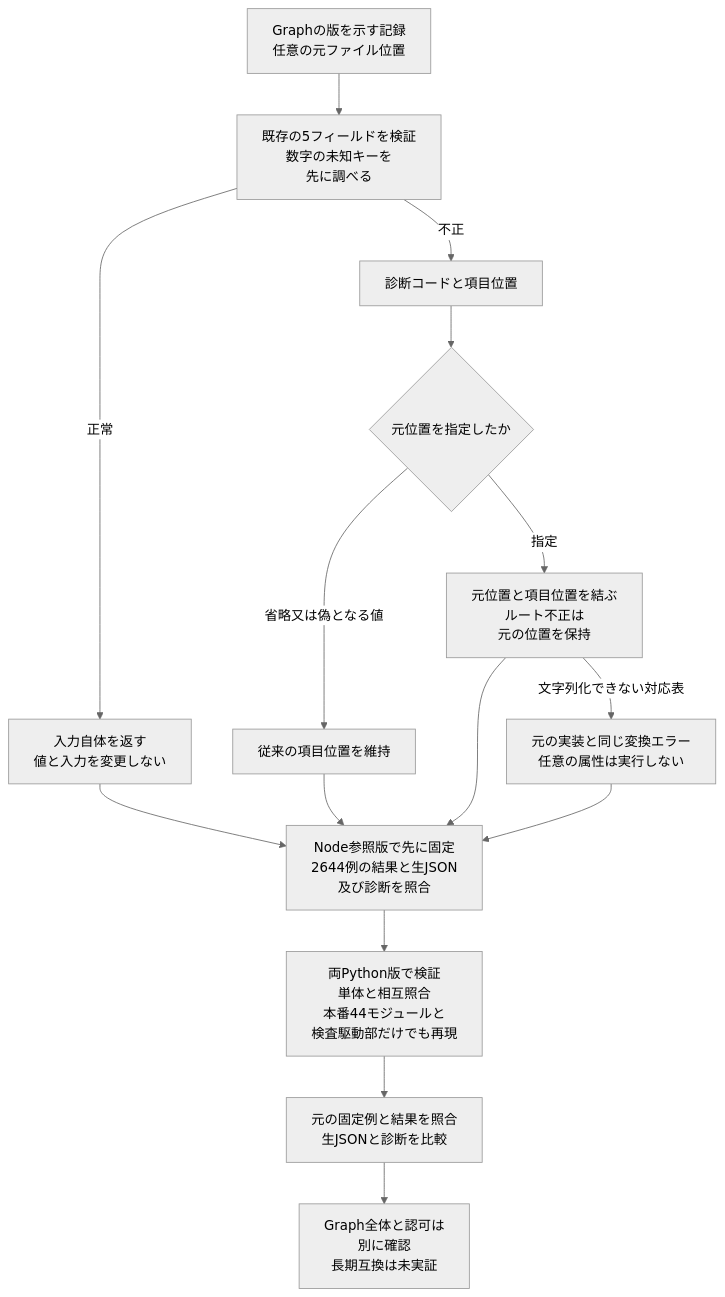
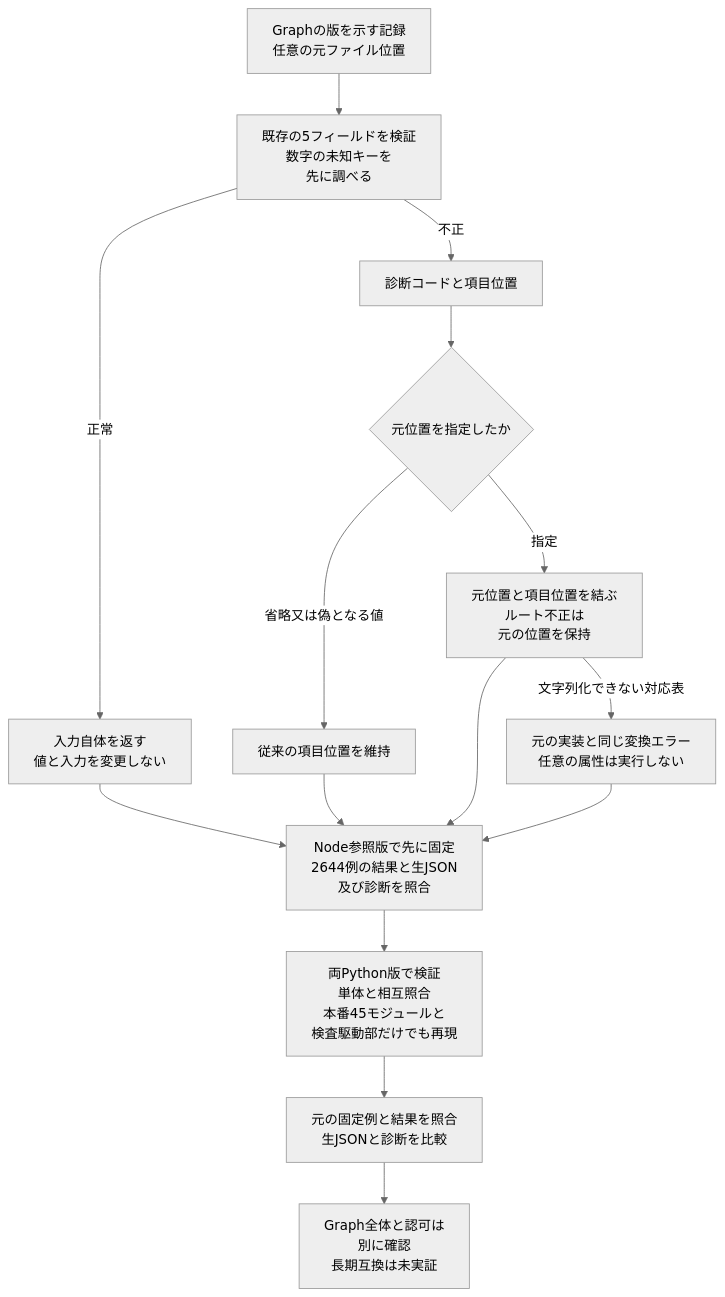
One commit to koukemo/morivyx changed the diagram in docs/diagrams/python-graph-revision.mmd. Above: the diagram before and after it, drawn with Mermaid (neutral theme). The commit also changed 40 other files, not shown here.

```diff
--- a/docs/diagrams/python-graph-revision.mmd
+++ b/docs/diagrams/python-graph-revision.mmd
@@ -1,15 +1,15 @@
 flowchart TD
   A[Graphの版を示す記録<br/>任意の元ファイル位置] --> B[既存の5フィールドを検証<br/>数字の未知キーを<br/>先に調べる]
   B -->|正常| C[入力自体を返す<br/>値と入力を変更しない]
   B -->|不正| D[診断コードと項目位置]
   D --> E{元位置を指定したか}
   E -->|省略又は偽となる値| F[従来の項目位置を維持]
   E -->|指定| G[元位置と項目位置を結ぶ<br/>ルート不正は<br/>元の位置を保持]
   G -->|文字列化できない対応表| H[元の実装と同じ変換エラー<br/>任意の属性は実行しない]
   C --> I[Node参照版で先に固定<br/>2644例の結果と生JSON<br/>及び診断を照合]
   F --> I
   G --> I
   H --> I
-  I --> J[両Python版で検証<br/>単体と相互照合<br/>本番44モジュールと<br/>検査駆動部だけでも再現]
+  I --> J[両Python版で検証<br/>単体と相互照合<br/>本番45モジュールと<br/>検査駆動部だけでも再現]
   J --> K[元の固定例と結果を照合<br/>生JSONと診断を比較]
   K --> L[Graph全体と認可は<br/>別に確認<br/>長期互換は未実証]
```
